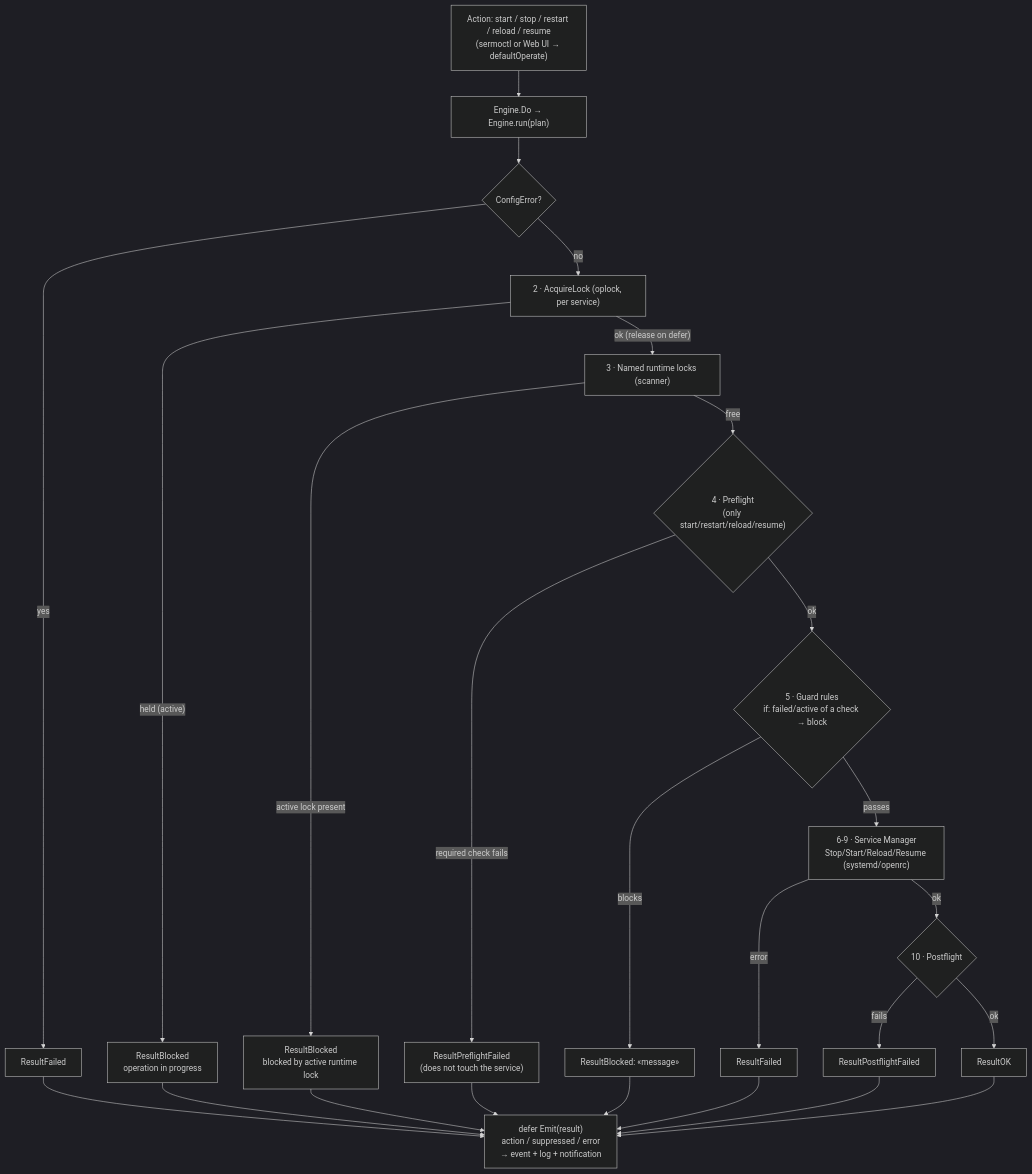
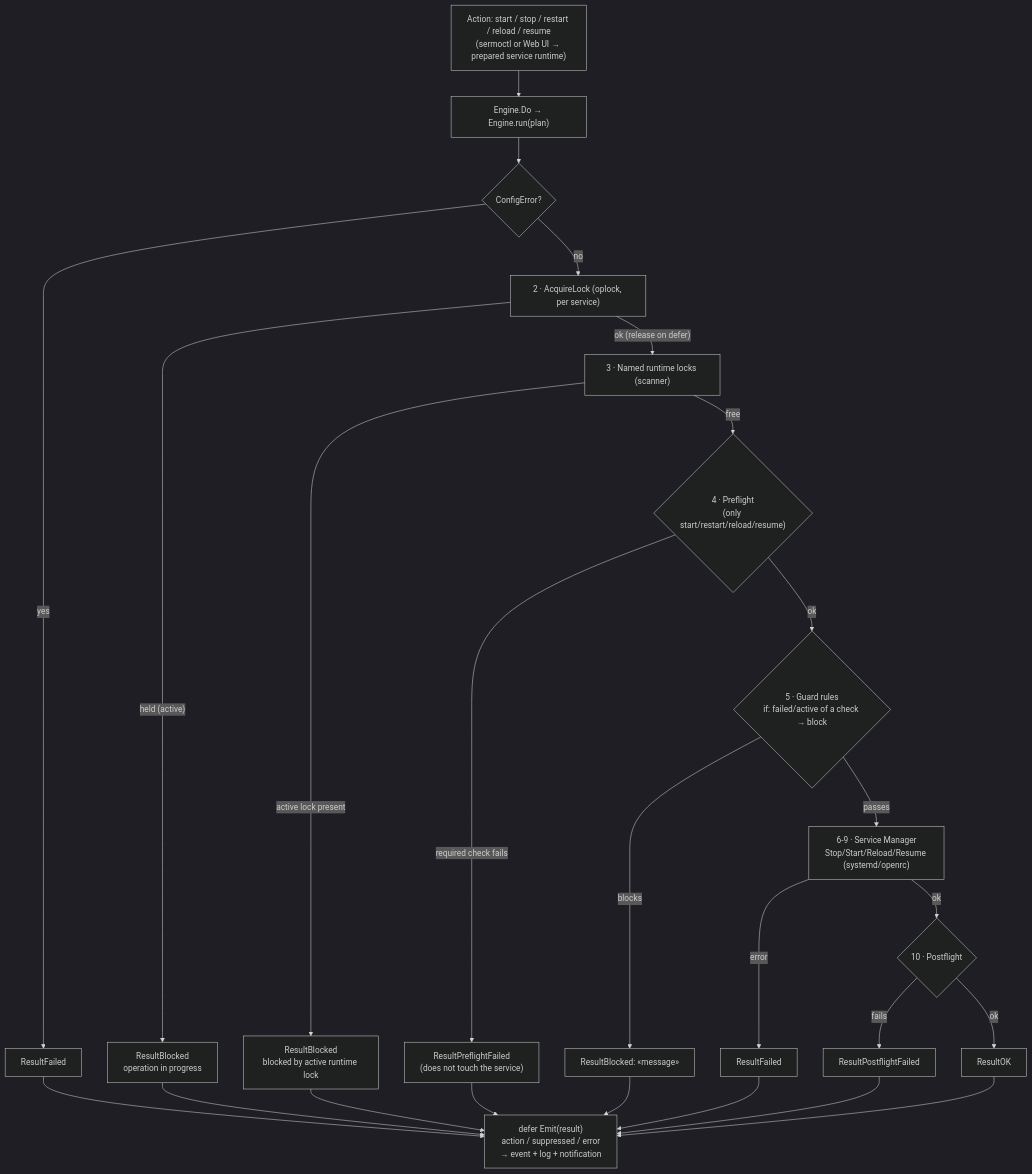
The third of 6 diagrams in docs/architecture.md (inode64/Sermo), drawn with Mermaid (dark theme) before and after one commit. The commit also changed 8 other files, not shown here.

````diff
--- a/docs/architecture.md
+++ b/docs/architecture.md
@@ -143,28 +143,28 @@
 ```mermaid
 flowchart TD
-  REQ["Action: start / stop / restart / reload / resume<br/>(sermoctl or Web UI → defaultOperate)"] --> DO["Engine.Do → Engine.run(plan)"]
+  REQ["Action: start / stop / restart / reload / resume<br/>(sermoctl or Web UI → prepared service runtime)"] --> DO["Engine.Do → Engine.run(plan)"]
   DO --> CE{"ConfigError?"}
   CE -- "yes" --> RF1["ResultFailed"]
   CE -- "no" --> L1["2 · AcquireLock (oplock, per service)"]
   L1 -- "held (active)" --> B1["ResultBlocked<br/>operation in progress"]
   L1 -- "ok (release on defer)" --> L2["3 · Named runtime locks (scanner)"]
   L2 -- "active lock present" --> B2["ResultBlocked<br/>blocked by active runtime lock"]
   L2 -- "free" --> PF{"4 · Preflight<br/>(only start/restart/reload/resume)"}
   PF -- "required check fails" --> RPF["ResultPreflightFailed<br/>(does not touch the service)"]
   PF -- "ok" --> GD{"5 · Guard rules<br/>if: failed/active of a check → block"}
   GD -- "blocks" --> B3["ResultBlocked: «message»"]
   GD -- "passes" --> ACT["6-9 · Service Manager<br/>Stop/Start/Reload/Resume (systemd/openrc)"]
   ACT -- "error" --> RF2["ResultFailed"]
   ACT -- "ok" --> POST{"10 · Postflight"}
   POST -- "fails" --> RPOST["ResultPostflightFailed"]
   POST -- "ok" --> OK["ResultOK"]
 
   B1 --> EMIT
   B2 --> EMIT
   B3 --> EMIT
   RF1 --> EMIT
   RF2 --> EMIT
   RPF --> EMIT
   RPOST --> EMIT
   OK --> EMIT["defer Emit(result)<br/>action / suppressed / error<br/>→ event + log + notification"]
 ```
````
